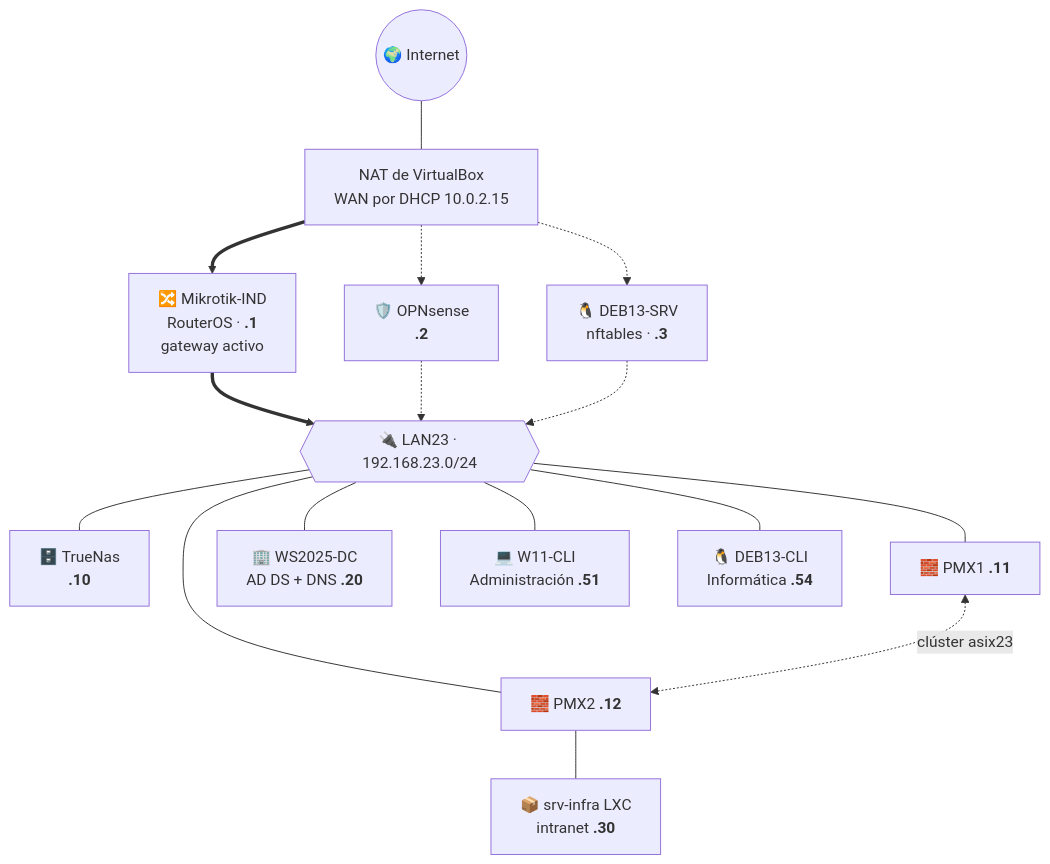
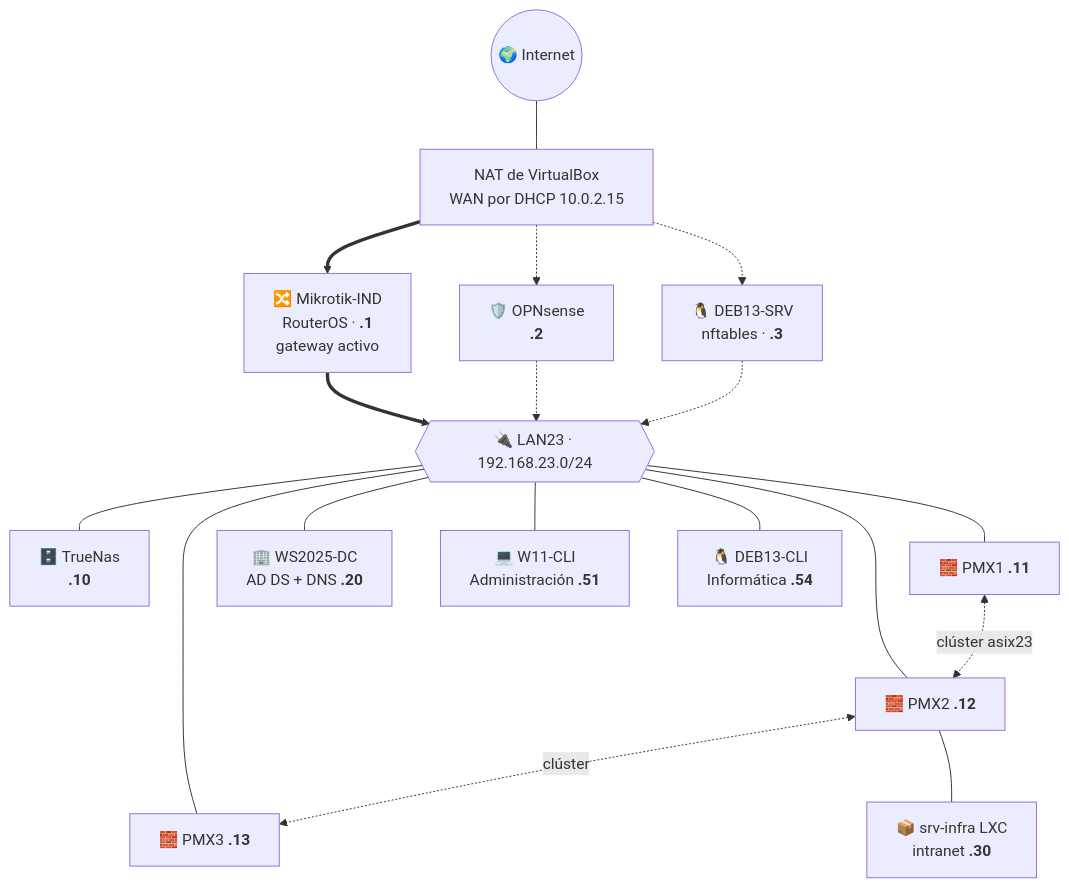
The diagram in README.md (ethan3232/iso-naix-un-sistema-individual), drawn with Mermaid before and after one commit. The commit also changed other lines of this file and 7 other files, not shown here.

Commit message:
Tasca 4: diseño lógico y físico, parámetros de red por interfaz y diagrama exportado (PNG/SVG con Graphviz)

````diff
--- a/README.md
+++ b/README.md
@@ -36,18 +41,20 @@
 ```mermaid
 flowchart TB
     INET((🌍 Internet)) --- NAT[NAT de VirtualBox<br/>WAN por DHCP 10.0.2.15]
     NAT ==> MK[🔀 Mikrotik-IND<br/>RouterOS · <b>.1</b><br/>gateway activo]
     NAT -.-> OPN[🛡️ OPNsense<br/><b>.2</b>]
     NAT -.-> DEB[🐧 DEB13-SRV<br/>nftables · <b>.3</b>]
     MK ==> SW{{"🔌 LAN23 · 192.168.23.0/24"}}
     OPN -.-> SW
     DEB -.-> SW
     SW --- NAS[🗄️ TrueNas<br/><b>.10</b>]
     SW --- PVE1[🧱 PMX1 <b>.11</b>]
     SW --- PVE2[🧱 PMX2 <b>.12</b>]
+    SW --- PVE3[🧱 PMX3 <b>.13</b>]
     PVE1 <-. clúster asix23 .-> PVE2
+    PVE2 <-. clúster .-> PVE3
     PVE2 --- CT[📦 srv-infra LXC<br/>intranet <b>.30</b>]
     SW --- DC[🏢 WS2025-DC<br/>AD DS + DNS <b>.20</b>]
     SW --- C1[💻 W11-CLI<br/>Administración <b>.51</b>]
     SW --- C2[🐧 DEB13-CLI<br/>Informática <b>.54</b>]
 ```
````
